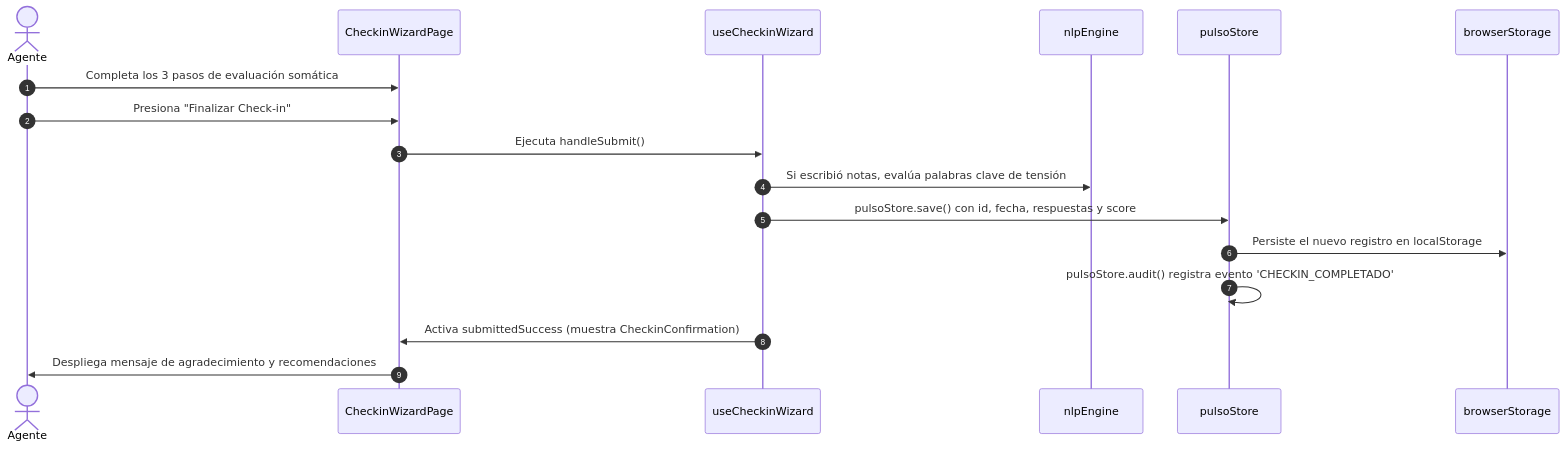
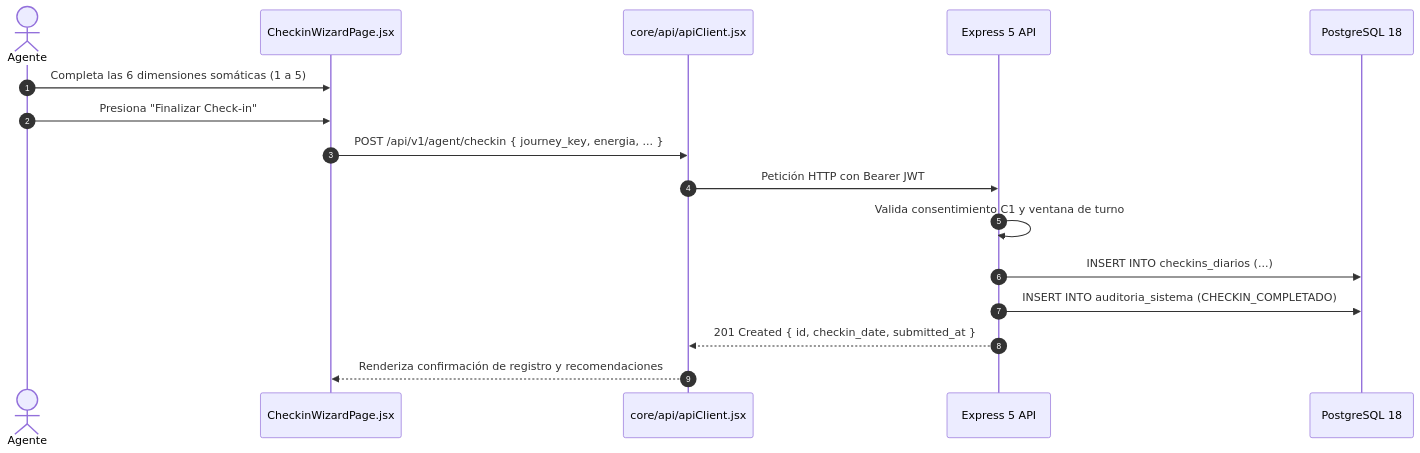
Before and after one commit to SODI1999/Pulso360: the second of 2 diagrams in docs/libro-pulso360/05_modulo_agente.md, drawn with Mermaid. The commit also changed other lines of this file and 13 other files, not shown here.

Commit message:
docs(libro): actualizar los 13 capitulos del libro tecnico con arquitectura fullstack express postgresql y websockets

````diff
--- a/docs/libro-pulso360/05_modulo_agente.md
+++ b/docs/libro-pulso360/05_modulo_agente.md
@@ -103,20 +102,19 @@
 ```mermaid
 sequenceDiagram
     autonumber
     actor A as Agente
-    participant P as CheckinWizardPage
-    participant H as useCheckinWizard
-    participant N as nlpEngine
-    participant S as pulsoStore
-    participant B as browserStorage
+    participant P as CheckinWizardPage.jsx
+    participant API as core/api/apiClient.jsx
+    participant BACKEND as Express 5 API
+    participant PG as PostgreSQL 18
 
-    A->>P: Completa los 3 pasos de evaluación somática
+    A->>P: Completa las 6 dimensiones somáticas (1 a 5)
     A->>P: Presiona "Finalizar Check-in"
-    P->>H: Ejecuta handleSubmit()
-    H->>N: Si escribió notas, evalúa palabras clave de tensión
-    H->>S: pulsoStore.save() con id, fecha, respuestas y score
-    S->>B: Persiste el nuevo registro en localStorage
-    S->>S: pulsoStore.audit() registra evento 'CHECKIN_COMPLETADO'
-    H->>P: Activa submittedSuccess (muestra CheckinConfirmation)
-    P->>A: Despliega mensaje de agradecimiento y recomendaciones
+    P->>API: POST /api/v1/agent/checkin { journey_key, energia, ... }
+    API->>BACKEND: Petición HTTP con Bearer JWT
+    BACKEND->>BACKEND: Valida consentimiento C1 y ventana de turno
+    BACKEND->>PG: INSERT INTO checkins_diarios (...)
+    BACKEND->>PG: INSERT INTO auditoria_sistema (CHECKIN_COMPLETADO)
+    BACKEND-->>API: 201 Created { id, checkin_date, submitted_at }
+    API-->>P: Renderiza confirmación de registro y recomendaciones
 ```
````
